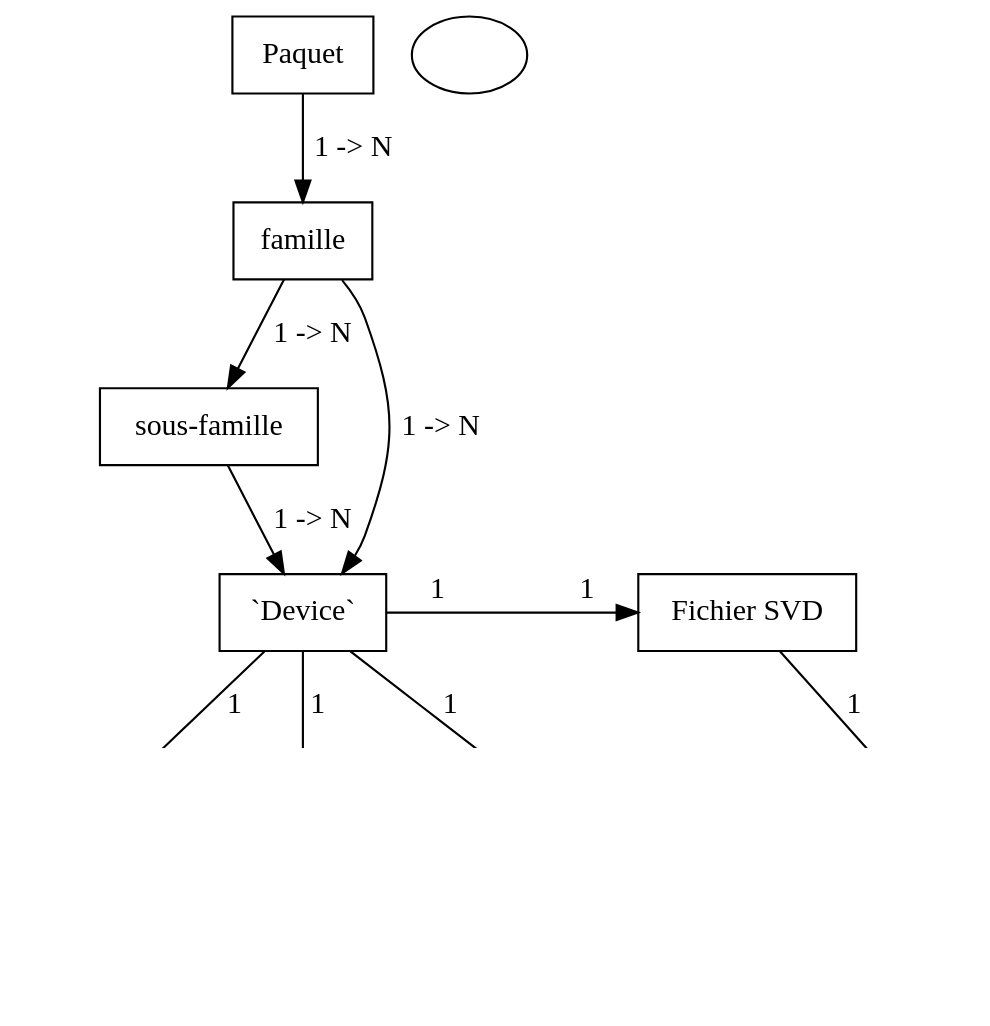
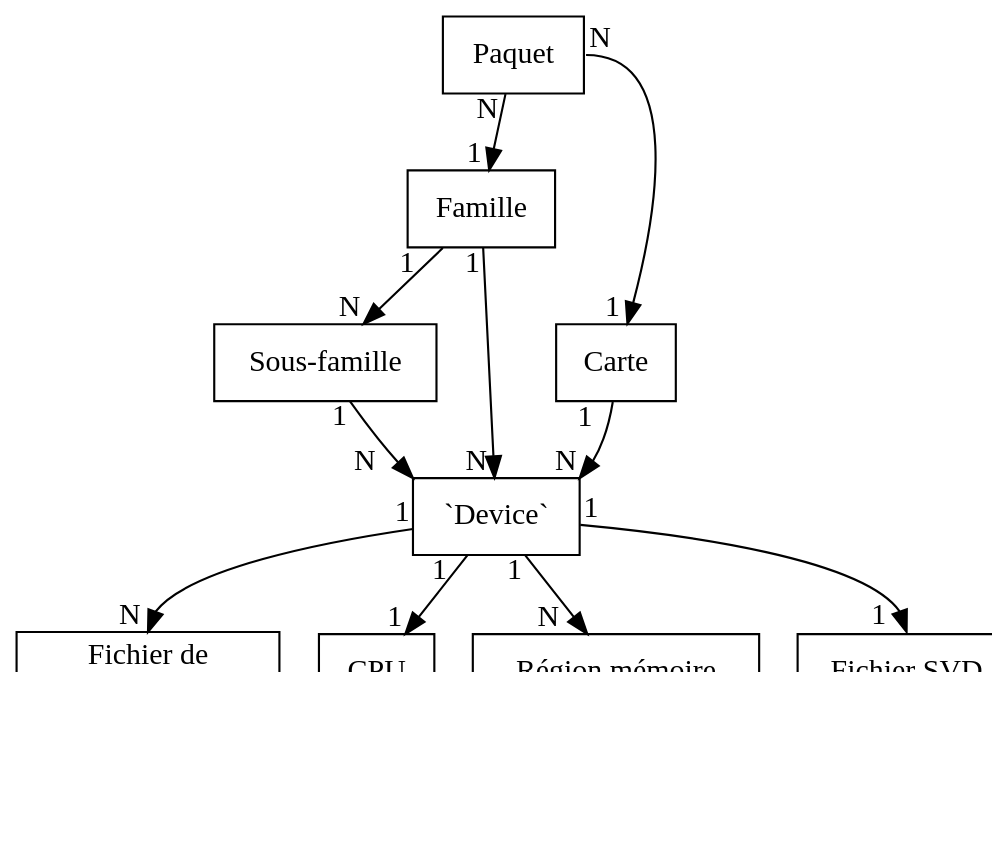
Before and after one commit to ashleygay/rapport_stage: the diagram in database.dot, drawn with Graphviz. The commit also changed 4 other files, not shown here.

```diff
--- a/database.dot
+++ b/database.dot
@@ -1,43 +1,41 @@
 digraph Plan {
 
-graph [dpi = 100];
+	graph [dpi = 100];
+	node [shape = box];
 
-	package [label = "Paquet", shape = box;]
-	family [label = "famille",shape = box;]
-	subfamily [label = "sous-famille",shape = box;]
-	device [label = "`Device`",shape = box;]
-	documentation [label = "Fichier de\ndocumentation",shape = box;]
+	package [label = "Paquet"]
+	family [label = "Famille"]
+	subfamily [label = "Sous-famille"]
+	device [label = "`Device`"]
+	board [label = "Carte"]
+	documentation [label = "Fichier de\ndocumentation"]
 
-	dev_cpu [label = ""]
-	dev_svd [label = ""]
-	dev_doc [label = ""]
-	dev_mem [label = ""]
-	svd_interrupt [label = ""]
+	cpu [label = "CPU"]
+	memory [label = "Région mémoire"]
+	interrupt [label = "Interruption"]
+	svd [label = "Fichier SVD"]
 
-	cpu [label = "CPU",shape = box;]
-	memory [label = "Region memoire",shape = box;]
-	interrupt [label = "Interruption",shape = box;]
-	svd [label = "Fichier SVD",shape = box;]
+	package -> board [headlabel = "1 ", taillabel = "N", tailport = "e"]
+	
+	board -> device [headlabel = "N", taillabel = "1  ", headport = "ne"]
 
-	package -> family [label = "1 -> N"]
-	family -> subfamily [label = "1 -> N"]
-	subfamily -> device [label = "1 -> N"]
-	family -> device [label = "1 -> N"]
+	package -> family [headlabel = "1 ", taillabel = "N "]
 
-	device -> dev_cpu [label = " 1", dir = none]
-	dev_cpu -> cpu [label = " 1"]
+	family -> device [headlabel = "N ", taillabel = "1"]
+	
+	family -> subfamily [headlabel = "N", taillabel = "1   "]
 
-	device -> dev_mem [label = " 1", dir = none]
-	dev_mem -> memory [label = " N"]
+	subfamily -> device [headlabel ="N    ", taillabel = "1", headport = "nw"]
 
-	// Hardcoded spaces for horizontal edge
-	device -> svd [label = "1                  1"]
+	device -> cpu [headlabel = "1", taillabel = "1  "]
 
-	device -> dev_doc [label = " 1", dir = none]
-	dev_doc -> documentation [label = " N"]
+	device -> memory [headlabel = "N   ", taillabel = "1"]
 
-	svd -> svd_interrupt [label = " 1", dir = none, weight = 0]
-	svd_interrupt -> interrupt [label = " N"]
+	device -> svd [headlabel = "1  ", taillabel = "1", headport = "n"]
 
-	{rank = same; device; svd}
+	device -> documentation [headlabel = "N ", taillabel = "1", headport = "n"]
+
+	svd -> interrupt [headlabel = "N  ", taillabel = "1"]
+
+	//{rank = same; device; svd}
 }
```
